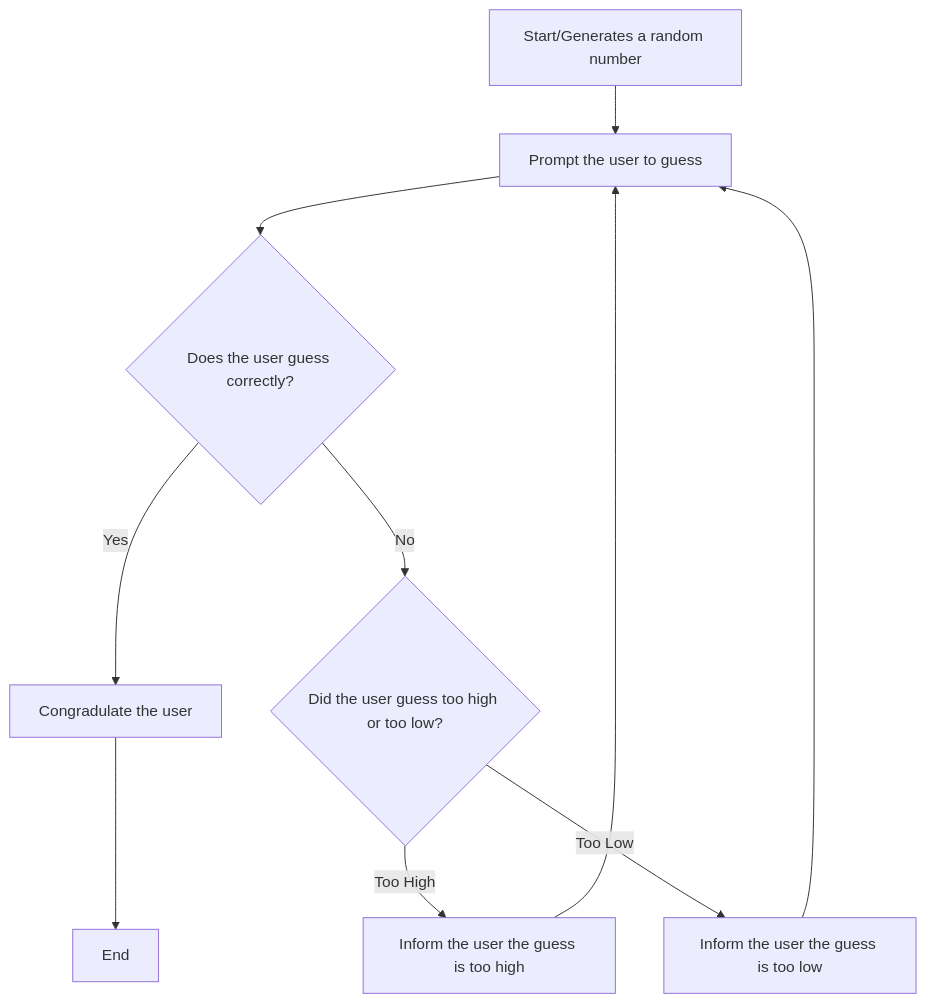
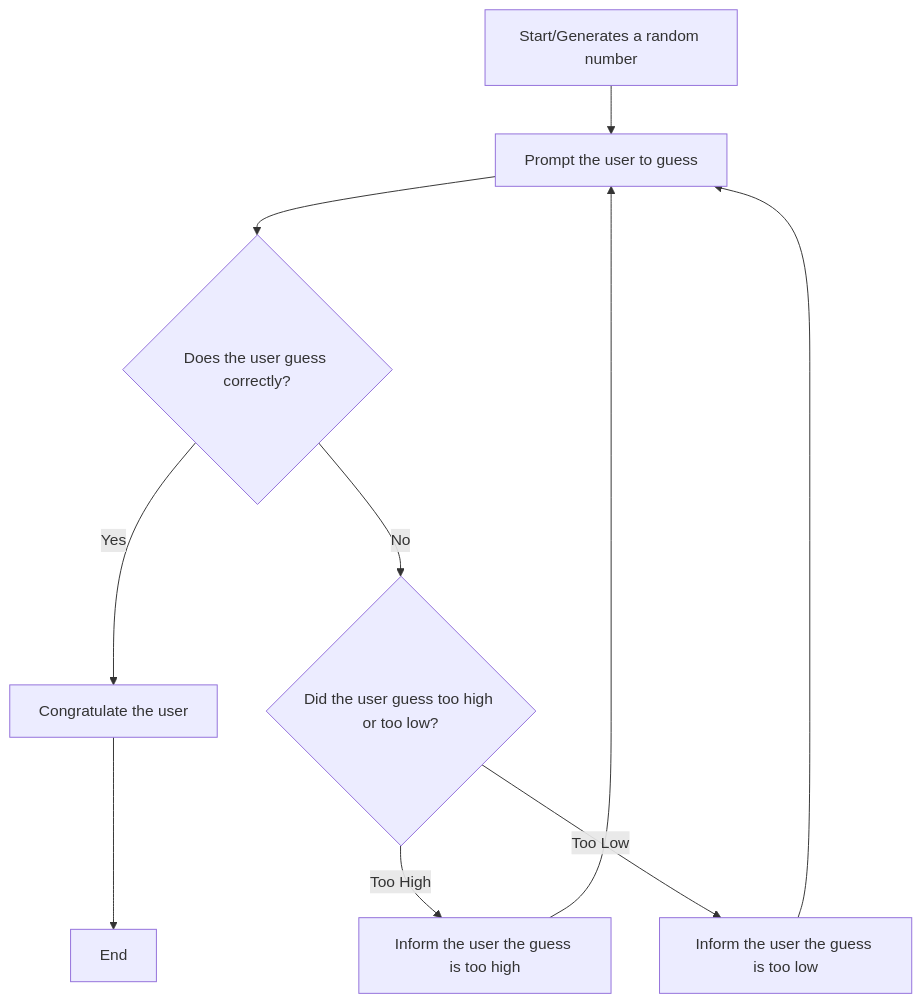
One commit to impena/impena.github.io changed the diagram in Guessing.MD. Above: the diagram before and after it, drawn with Mermaid.

Commit message:
Update Guessing.MD fixed another typo

````diff
--- a/Guessing.MD
+++ b/Guessing.MD
@@ -2,8 +2,8 @@
 ```mermaid
 flowchart TD
 A[Start/Generates a random number] --> Z[Prompt the user to guess] --> B{Does the user guess correctly?};
-B -- Yes --> C[Congradulate the user] --> Y[End];
+B -- Yes --> C[Congratulate the user] --> Y[End];
 B -- No --> D{Did the user guess too high or too low?};
 D -- Too High --> E[Inform the user the guess is too high] --> Z[Prompt the user to guess];
 D -- Too Low --> F[Inform the user the guess is too low] --> Z[Prompt the user to guess];
 ```
````
